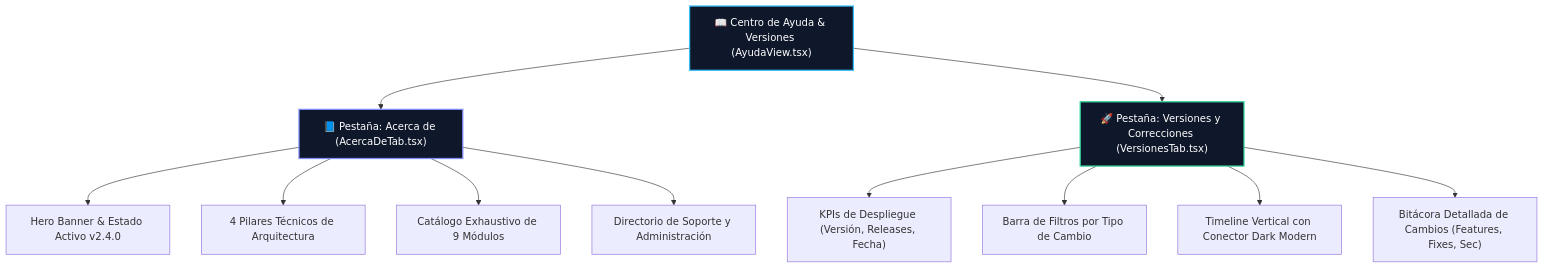
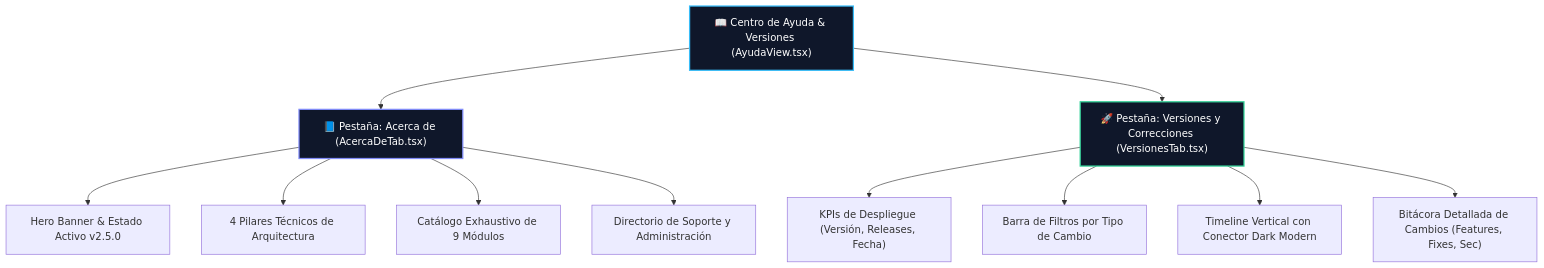
One commit to Mister-3/humano-ops-hub-spfx changed the third of 3 diagrams in BUSINESS_RULES_AND_USE_CASES.md. Above: the diagram before and after it, drawn with Mermaid. The commit also changed other lines of this file and 3 other files, not shown here.

````diff
--- a/BUSINESS_RULES_AND_USE_CASES.md
+++ b/BUSINESS_RULES_AND_USE_CASES.md
@@ -257,20 +274,20 @@
 ```mermaid
 graph TD
     A["📖 Centro de Ayuda & Versiones (AyudaView.tsx)"]
     A --> B["📘 Pestaña: Acerca de (AcercaDeTab.tsx)"]
     A --> C["🚀 Pestaña: Versiones y Correcciones (VersionesTab.tsx)"]
 
-    B --> B1["Hero Banner & Estado Activo v2.4.0"]
+    B --> B1["Hero Banner & Estado Activo v2.5.0"]
     B --> B2["4 Pilares Técnicos de Arquitectura"]
     B --> B3["Catálogo Exhaustivo de 9 Módulos"]
     B --> B4["Directorio de Soporte y Administración"]
 
     C --> C1["KPIs de Despliegue (Versión, Releases, Fecha)"]
     C --> C2["Barra de Filtros por Tipo de Cambio"]
     C --> C3["Timeline Vertical con Conector Dark Modern"]
     C --> C4["Bitácora Detallada de Cambios (Features, Fixes, Sec)"]
 
     style A fill:#0f172a,stroke:#38bdf8,stroke-width:2px,color:#fff
     style B fill:#0f172a,stroke:#818cf8,stroke-width:2px,color:#fff
     style C fill:#0f172a,stroke:#34d399,stroke-width:2px,color:#fff
 ```
````
